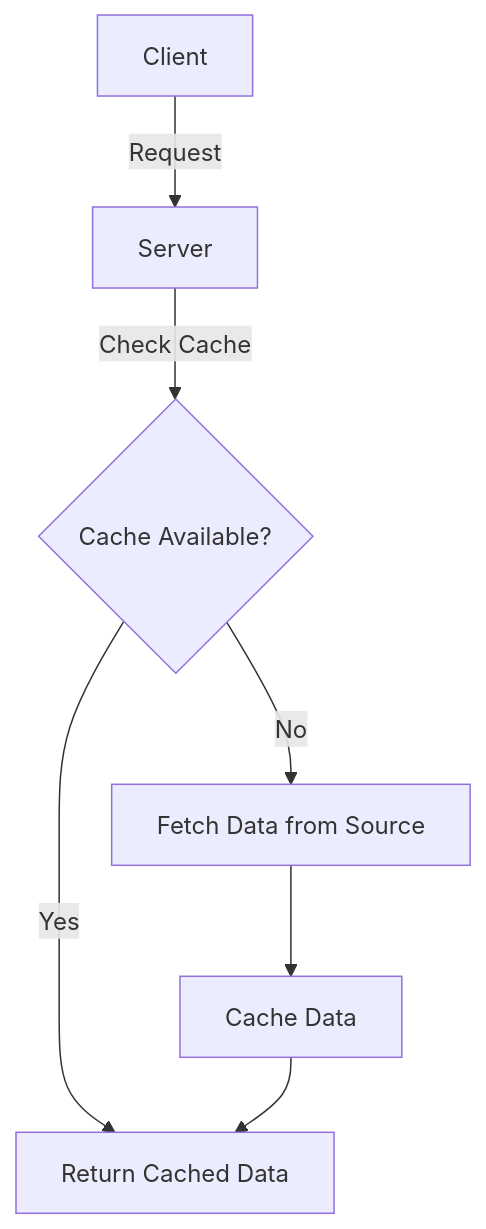
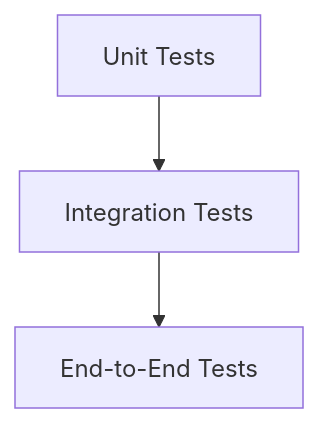
Before and after one commit to MasteryEducation/SoftwarePatternsLexicon.com: the diagram in content/patterns-js/12/1/index.md, drawn with Mermaid. The commit also changed other lines of this file and 570 other files, not shown here.

````diff
--- a/content/patterns-js/12/1/index.md
+++ b/content/patterns-js/12/1/index.md
@@ -147,9 +140,5 @@
 ```mermaid
 graph TD;
-    A[Client] -->|Request| B[Server];
-    B -->|Check Cache| C{Cache Available?};
-    C -->|Yes| D[Return Cached Data];
-    C -->|No| E[Fetch Data from Source];
-    E --> F[Cache Data];
-    F --> D;
+    A[Unit Tests] --> B[Integration Tests];
+    B --> C[End-to-End Tests];
 ```
````
